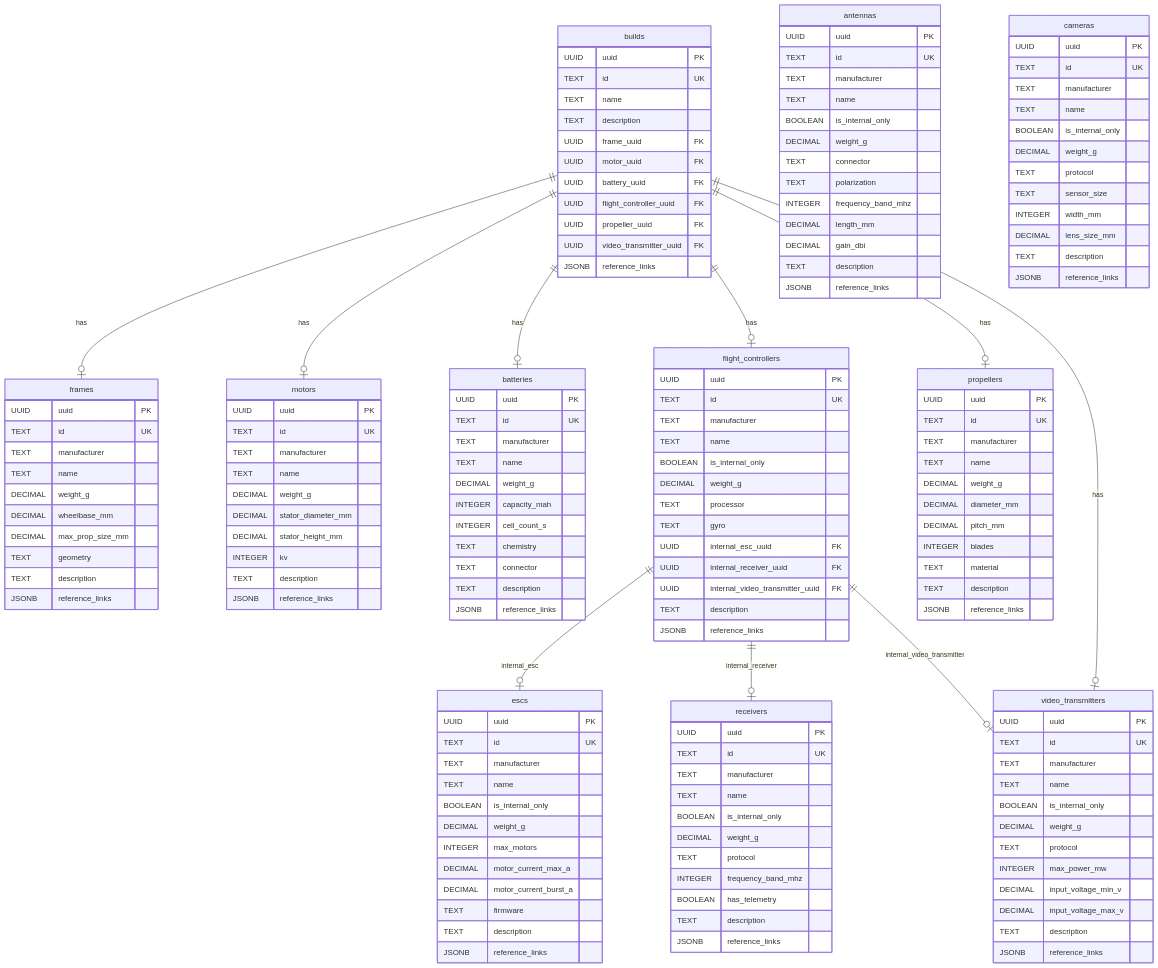
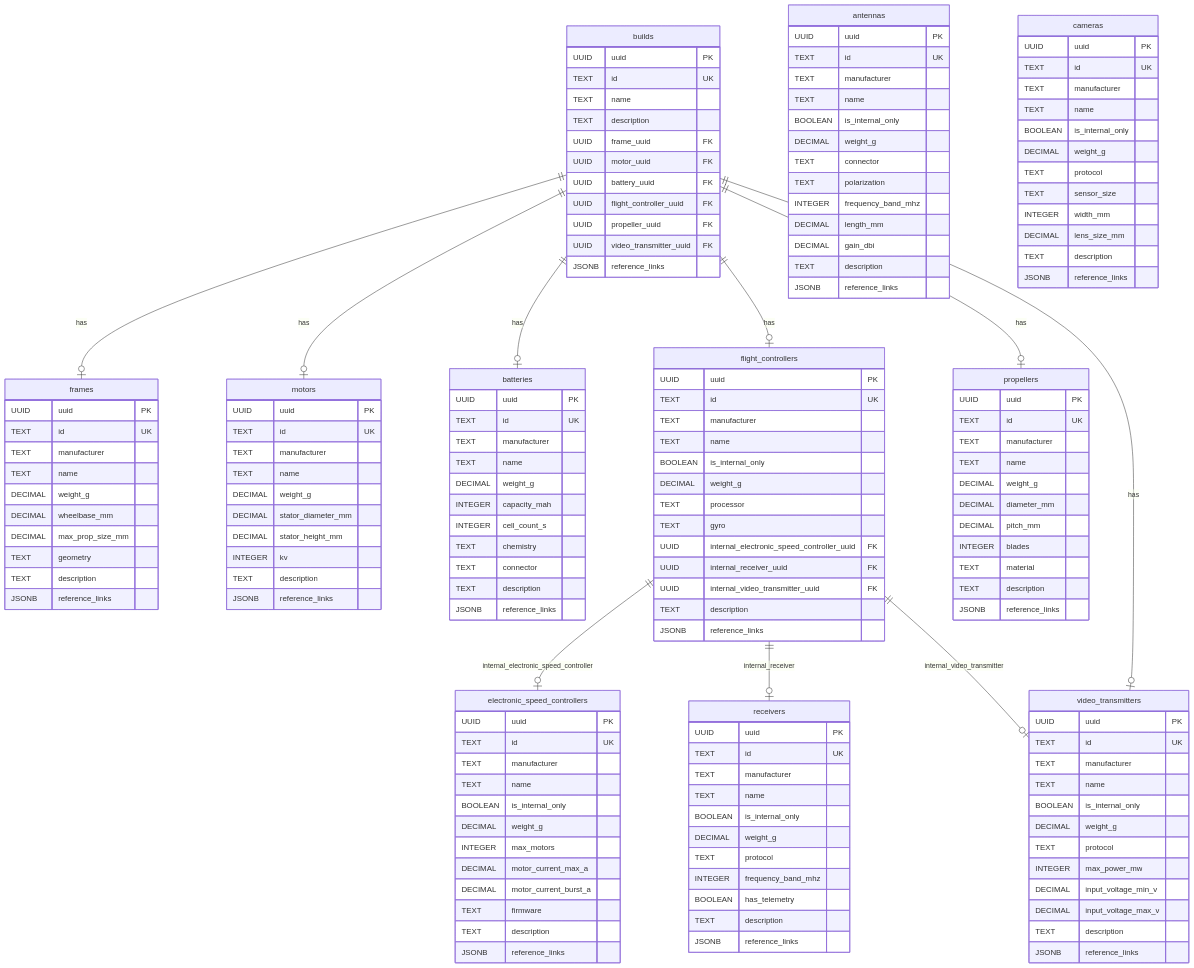
The diagram in src/backend/db/diagram.mermaid (rohitramu/quadsmith), drawn with Mermaid before and after one commit. The commit also changed 32 other files, not shown here.

Commit message:
Migrate ESC to Electronic Speed Controller across the full stack

```diff
--- a/src/backend/db/diagram.mermaid
+++ b/src/backend/db/diagram.mermaid
@@ -1,170 +1,170 @@
 erDiagram
     builds {
         UUID uuid PK
         TEXT id UK
         TEXT name
         TEXT description
         UUID frame_uuid FK
         UUID motor_uuid FK
         UUID battery_uuid FK
         UUID flight_controller_uuid FK
         UUID propeller_uuid FK
         UUID video_transmitter_uuid FK
         JSONB reference_links
     }
 
     motors {
         UUID uuid PK
         TEXT id UK
         TEXT manufacturer
         TEXT name
         DECIMAL weight_g
         DECIMAL stator_diameter_mm
         DECIMAL stator_height_mm
         INTEGER kv
         TEXT description
         JSONB reference_links
     }
 
     frames {
         UUID uuid PK
         TEXT id UK
         TEXT manufacturer
         TEXT name
         DECIMAL weight_g
         DECIMAL wheelbase_mm
         DECIMAL max_prop_size_mm
         TEXT geometry
         TEXT description
         JSONB reference_links
     }
 
     batteries {
         UUID uuid PK
         TEXT id UK
         TEXT manufacturer
         TEXT name
         DECIMAL weight_g
         INTEGER capacity_mah
         INTEGER cell_count_s
         TEXT chemistry
         TEXT connector
         TEXT description
         JSONB reference_links
     }
 
     flight_controllers {
         UUID uuid PK
         TEXT id UK
         TEXT manufacturer
         TEXT name
         BOOLEAN is_internal_only
         DECIMAL weight_g
         TEXT processor
         TEXT gyro
-        UUID internal_esc_uuid FK
+        UUID internal_electronic_speed_controller_uuid FK
         UUID internal_receiver_uuid FK
         UUID internal_video_transmitter_uuid FK
         TEXT description
         JSONB reference_links
     }
 
-    escs {
+    electronic_speed_controllers {
         UUID uuid PK
         TEXT id UK
         TEXT manufacturer
         TEXT name
         BOOLEAN is_internal_only
         DECIMAL weight_g
         INTEGER max_motors
         DECIMAL motor_current_max_a
         DECIMAL motor_current_burst_a
         TEXT firmware
         TEXT description
         JSONB reference_links
     }
 
     receivers {
         UUID uuid PK
         TEXT id UK
         TEXT manufacturer
         TEXT name
         BOOLEAN is_internal_only
         DECIMAL weight_g
         TEXT protocol
         INTEGER frequency_band_mhz
         BOOLEAN has_telemetry
         TEXT description
         JSONB reference_links
     }
 
     video_transmitters {
         UUID uuid PK
         TEXT id UK
         TEXT manufacturer
         TEXT name
         BOOLEAN is_internal_only
         DECIMAL weight_g
         TEXT protocol
         INTEGER max_power_mw
         DECIMAL input_voltage_min_v
         DECIMAL input_voltage_max_v
         TEXT description
         JSONB reference_links
     }
 
     antennas {
         UUID uuid PK
         TEXT id UK
         TEXT manufacturer
         TEXT name
         BOOLEAN is_internal_only
         DECIMAL weight_g
         TEXT connector
         TEXT polarization
         INTEGER frequency_band_mhz
         DECIMAL length_mm
         DECIMAL gain_dbi
         TEXT description
         JSONB reference_links
     }
 
     propellers {
         UUID uuid PK
         TEXT id UK
         TEXT manufacturer
         TEXT name
         DECIMAL weight_g
         DECIMAL diameter_mm
         DECIMAL pitch_mm
         INTEGER blades
         TEXT material
         TEXT description
         JSONB reference_links
     }
 
     cameras {
         UUID uuid PK
         TEXT id UK
         TEXT manufacturer
         TEXT name
         BOOLEAN is_internal_only
         DECIMAL weight_g
         TEXT protocol
         TEXT sensor_size
         INTEGER width_mm
         DECIMAL lens_size_mm
         TEXT description
         JSONB reference_links
     }
 
     builds ||--o| frames : has
     builds ||--o| motors : has
     builds ||--o| batteries : has
     builds ||--o| flight_controllers : has
     builds ||--o| propellers : has
     builds ||--o| video_transmitters : has
 
-    flight_controllers ||--o| escs : internal_esc
+    flight_controllers ||--o| electronic_speed_controllers : internal_electronic_speed_controller
     flight_controllers ||--o| receivers : internal_receiver
     flight_controllers ||--o| video_transmitters : internal_video_transmitter
```
